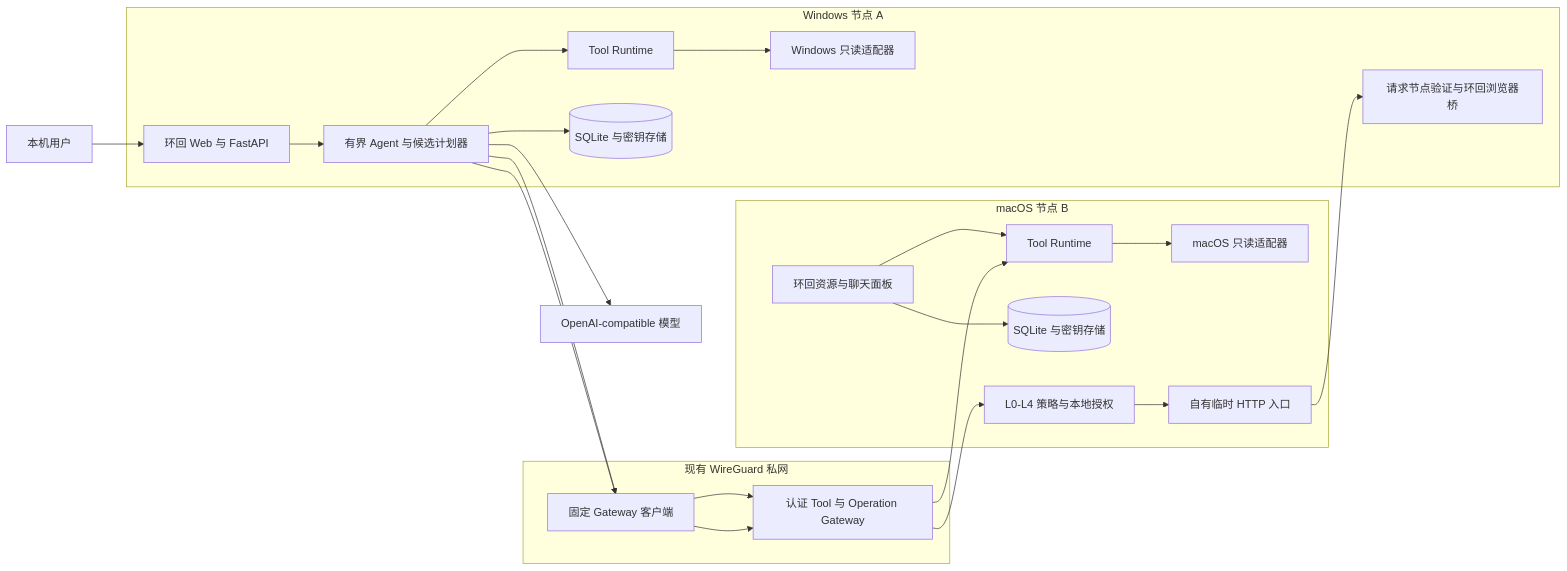
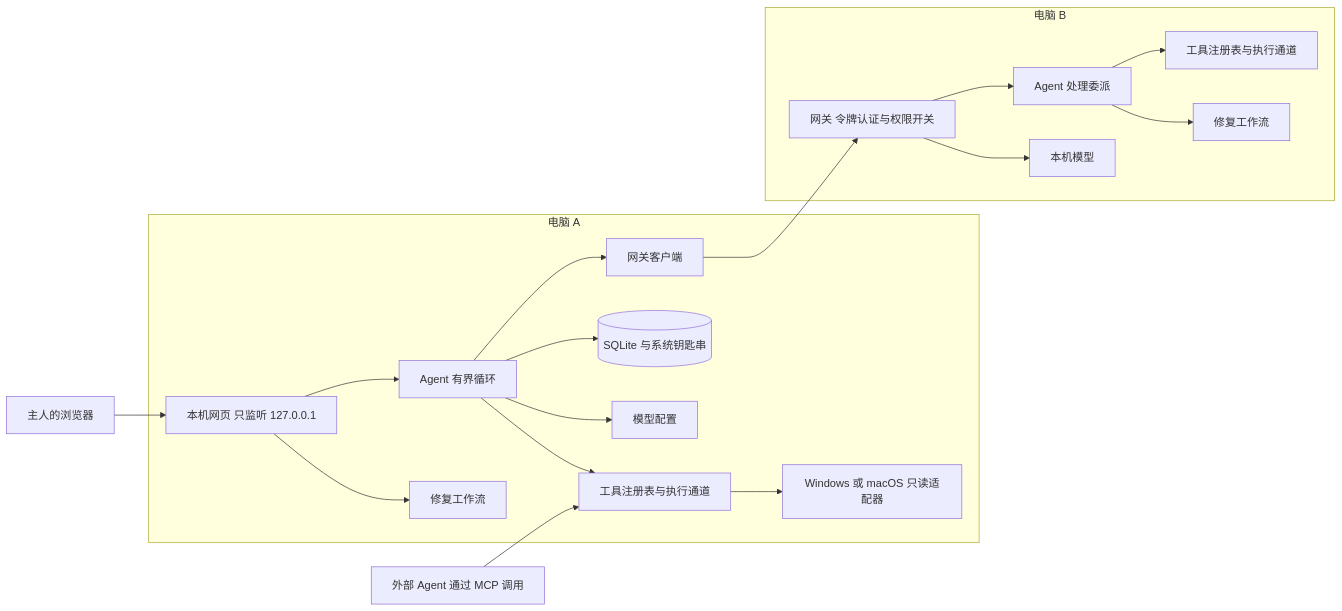
The first of 2 diagrams in docs/architecture.md (Sugarfarmeriod/TunnelMinion), drawn with Mermaid before and after one commit. The commit also changed other lines of this file and 20 other files, not shown here.

````diff
--- a/docs/architecture.md
+++ b/docs/architecture.md
@@ -24,39 +14,36 @@
 ```mermaid
 flowchart LR
-    user[本机用户]
+    user[主人的浏览器]
 
-    subgraph nodeA[Windows 节点 A]
-        webA[环回 Web 与 FastAPI]
-        agentA[有界 Agent 与候选计划器]
-        callbackA[请求节点验证与环回浏览器桥]
-        toolsA[Tool Runtime]
-        platformA[Windows 只读适配器]
-        storesA[(SQLite 与密钥存储)]
+    subgraph nodeA[电脑 A]
+        webA[本机网页 只监听 127.0.0.1]
+        agentA[Agent 有界循环]
+        toolsA[工具注册表与执行通道]
+        platformA[Windows 或 macOS 只读适配器]
+        repairA[修复工作流]
+        storeA[(SQLite 与系统钥匙串)]
+        modelA[模型配置]
+        clientA[网关客户端]
     end
 
-    subgraph privateNetwork[现有 WireGuard 私网]
-        clientA[固定 Gateway 客户端]
-        gatewayB[认证 Tool 与 Operation Gateway]
+    subgraph nodeB[电脑 B]
+        gatewayB[网关 令牌认证与权限开关]
+        agentB[Agent 处理委派]
+        toolsB[工具注册表与执行通道]
+        repairB[修复工作流]
+        modelB[本机模型]
     end
 
-    subgraph nodeB[macOS 节点 B]
-        toolsB[Tool Runtime]
-        platformB[macOS 只读适配器]
-        webB[环回资源与聊天面板]
-        storesB[(SQLite 与密钥存储)]
-        policyB[L0-L4 策略与本地授权]
-        proxyB[自有临时 HTTP 入口]
-    end
-
-    model[OpenAI-compatible 模型]
+    mcp[外部 Agent 通过 MCP 调用]
 
     user --> webA --> agentA
     agentA --> toolsA --> platformA
-    agentA --> storesA
-    agentA --> clientA --> gatewayB --> toolsB --> platformB
-    agentA --> clientA --> gatewayB --> policyB --> proxyB
-    proxyB --> callbackA
-    agentA --> model
-    webB --> toolsB
-    webB --> storesB
+    agentA --> modelA
+    webA --> repairA
+    agentA --> storeA
+    agentA --> clientA --> gatewayB
+    gatewayB --> agentB --> toolsB
+    agentB --> repairB
+    gatewayB --> modelB
+    mcp --> toolsA
 ```
````
